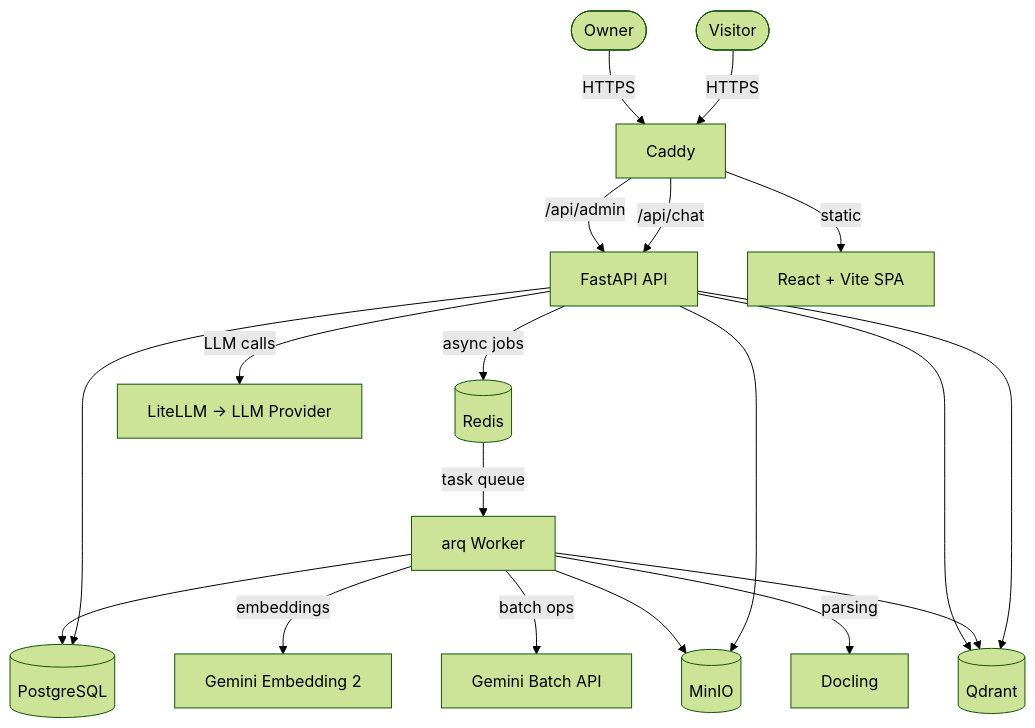
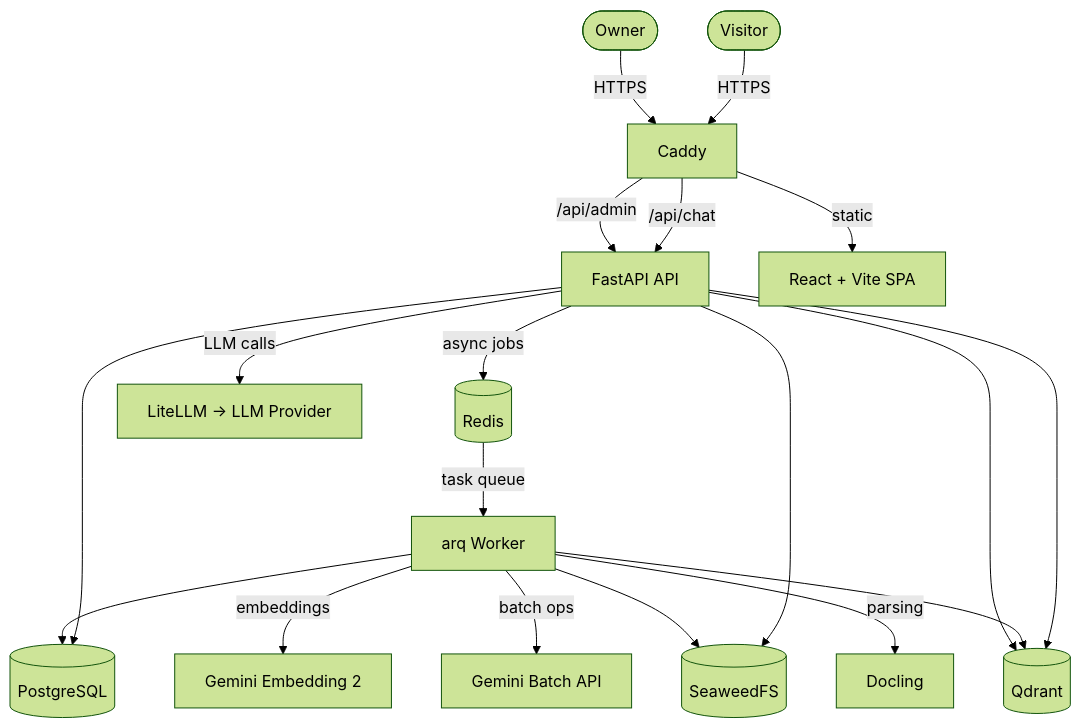
One commit to itechmeat/proxymind changed the first of 8 diagrams in docs/architecture.md. Above: the diagram before and after it, drawn with Mermaid (forest theme). The commit also changed other lines of this file and 41 other files, not shown here.

First line of the commit message:
feat(storage): replace MinIO with SeaweedFS for object storage (S2-05)

````diff
--- a/docs/architecture.md
+++ b/docs/architecture.md
@@ -7,26 +7,26 @@
 ```mermaid
 graph TB
     User([Visitor]) -->|HTTPS| Caddy[Caddy]
     Admin([Owner]) -->|HTTPS| Caddy
 
     Caddy -->|/api/chat| API[FastAPI API]
     Caddy -->|/api/admin| API
     Caddy -->|static| Frontend[React + Vite SPA]
 
     API -->|async jobs| Redis[(Redis)]
     Redis -->|task queue| Worker[arq Worker]
 
     API --> PG[(PostgreSQL)]
     API --> Qdrant[(Qdrant)]
-    API --> MinIO[(MinIO)]
+    API --> SeaweedFS[(SeaweedFS)]
 
     Worker --> PG
     Worker --> Qdrant
-    Worker --> MinIO
+    Worker --> SeaweedFS
     Worker -->|embeddings| GeminiEmb[Gemini Embedding 2]
     Worker -->|batch ops| GeminiBatch[Gemini Batch API]
     Worker -->|parsing| Docling[Docling]
 
     API -->|LLM calls| LiteLLM[LiteLLM → LLM Provider]
     API --> Qdrant
 ```
````
